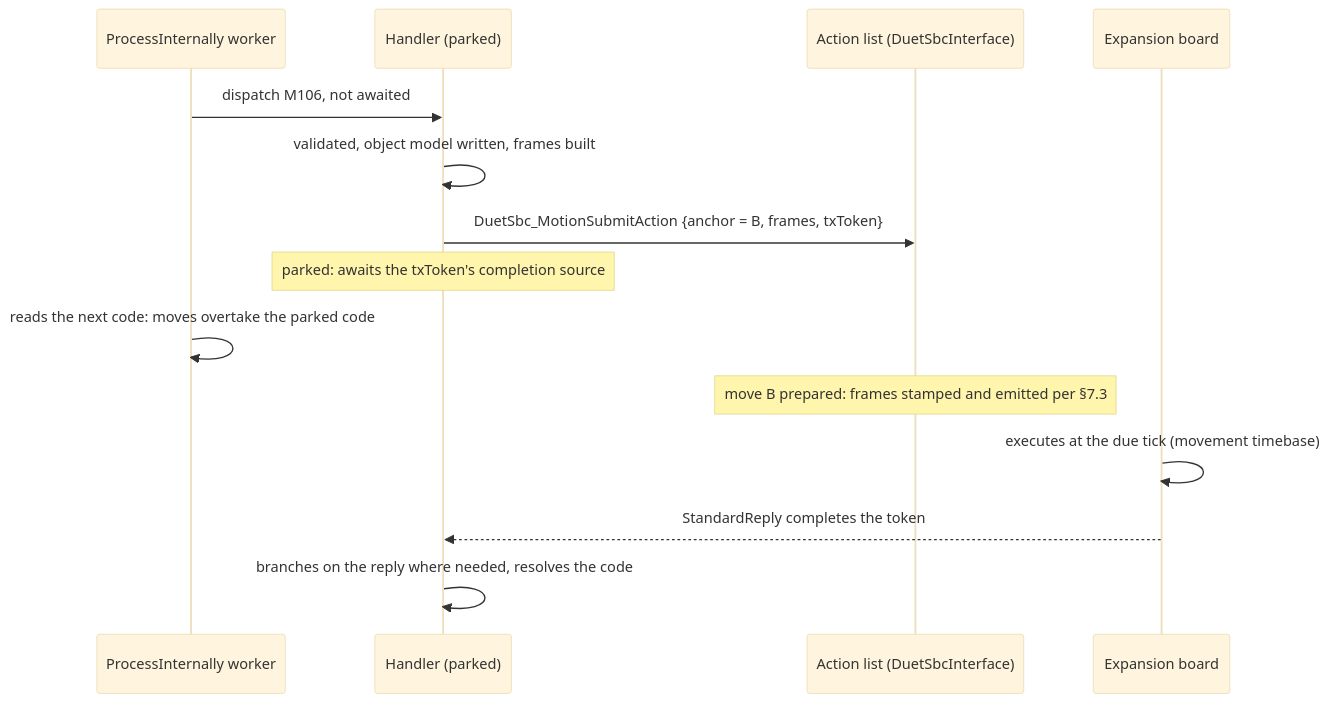
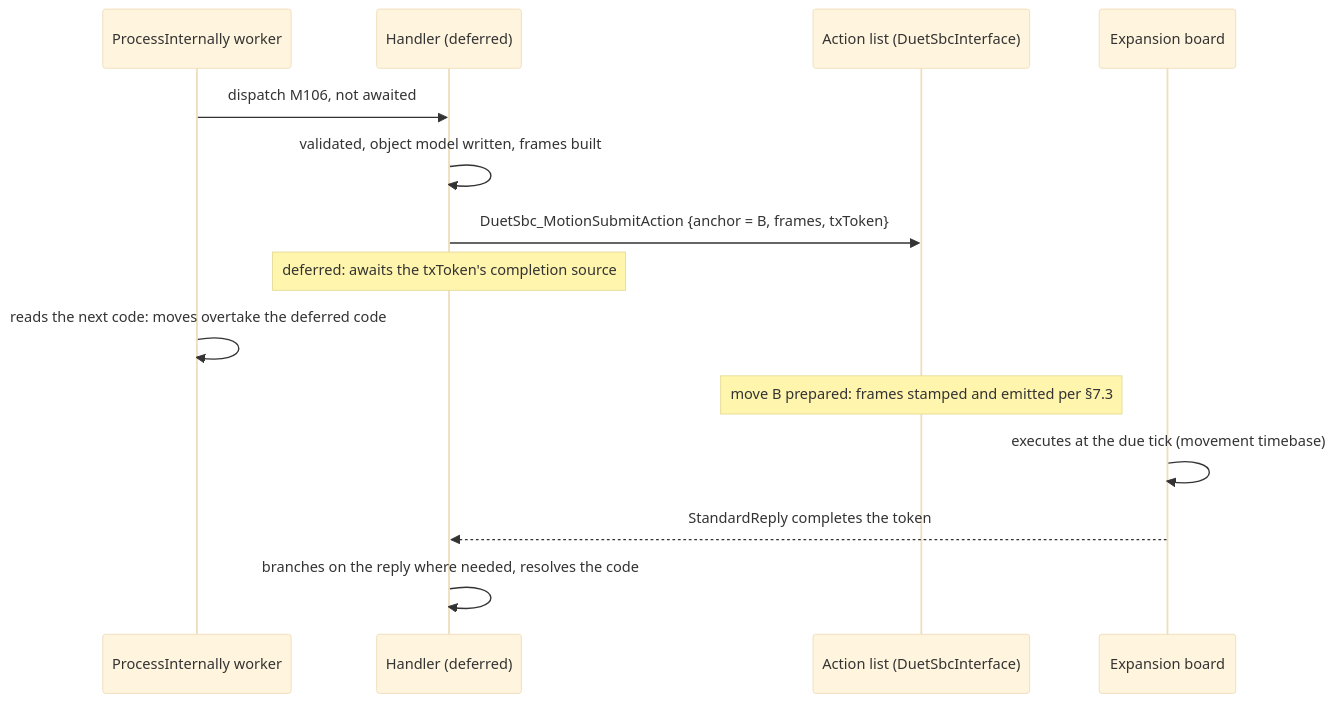
One commit to Duet3D/DuetSoftwareFramework changed the fourth of 8 diagrams in docs/devel/MOTION_SYNCHRONISED_ACTIONS.md. Above: the diagram before and after it, drawn with Mermaid (base theme). The commit also changed other lines of this file and 10 other files, not shown here.

````diff
--- a/docs/devel/MOTION_SYNCHRONISED_ACTIONS.md
+++ b/docs/devel/MOTION_SYNCHRONISED_ACTIONS.md
@@ -658,16 +658,16 @@
 ```mermaid
 sequenceDiagram
     participant P as ProcessInternally worker
-    participant H as Handler (parked)
+    participant H as Handler (deferred)
     participant L as Action list (DuetSbcInterface)
     participant B as Expansion board
     P->>H: dispatch M106, not awaited
     H->>H: validated, object model written, frames built
     H->>L: DuetSbc_MotionSubmitAction {anchor = B, frames, txToken}
-    Note over H: parked: awaits the txToken's completion source
-    P->>P: reads the next code: moves overtake the parked code
+    Note over H: deferred: awaits the txToken's completion source
+    P->>P: reads the next code: moves overtake the deferred code
     Note over L: move B prepared: frames stamped and emitted per §7.3
     B->>B: executes at the due tick (movement timebase)
     B-->>H: StandardReply completes the token
     H->>H: branches on the reply where needed, resolves the code
 ```
````
